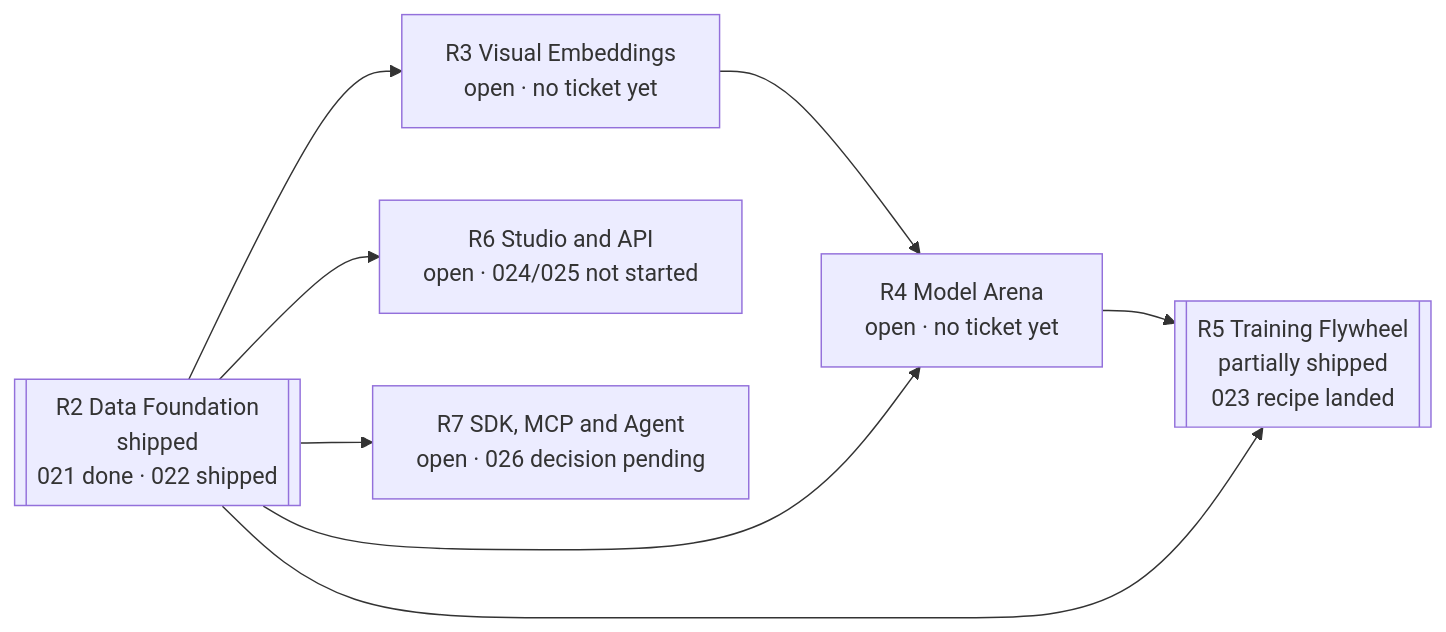
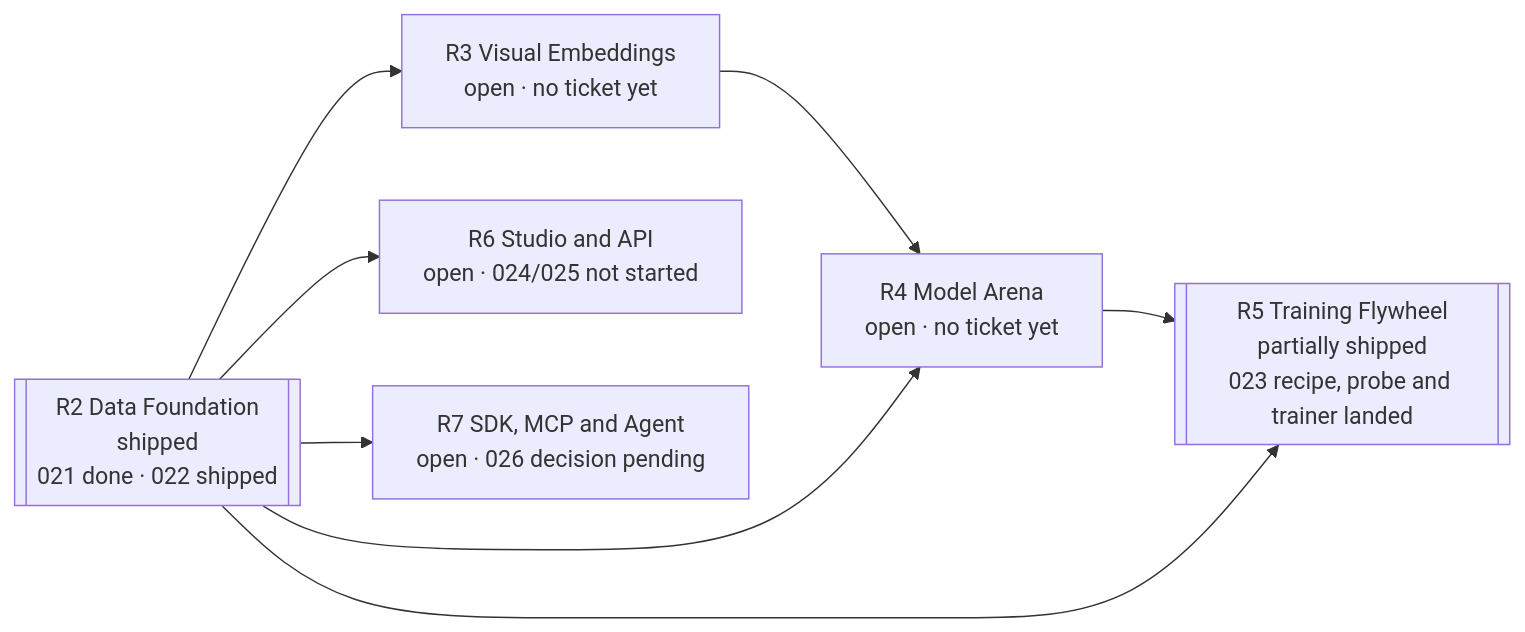
Before and after one commit to erikunha/VisionLens: the second of 2 diagrams in ROADMAP.md, drawn with Mermaid. The commit also changed other lines of this file and 2 other files, not shown here.

First line of the commit message:
docs(vision): the trainer and the loader are decided

````diff
--- a/ROADMAP.md
+++ b/ROADMAP.md
@@ -178,10 +178,10 @@
 ```mermaid
 flowchart LR
   R2[["R2 Data Foundation<br/>shipped<br/>021 done · 022 shipped"]] --> R3["R3 Visual Embeddings<br/>open · no ticket yet"]
   R3 --> R4["R4 Model Arena<br/>open · no ticket yet"]
-  R4 --> R5[["R5 Training Flywheel<br/>partially shipped<br/>023 recipe landed"]]
+  R4 --> R5[["R5 Training Flywheel<br/>partially shipped<br/>023 recipe, probe and trainer landed"]]
   R2 --> R4
   R2 --> R5
   R2 --> R6["R6 Studio and API<br/>open · 024/025 not started"]
   R2 --> R7["R7 SDK, MCP and Agent<br/>open · 026 decision pending"]
 ```
````
